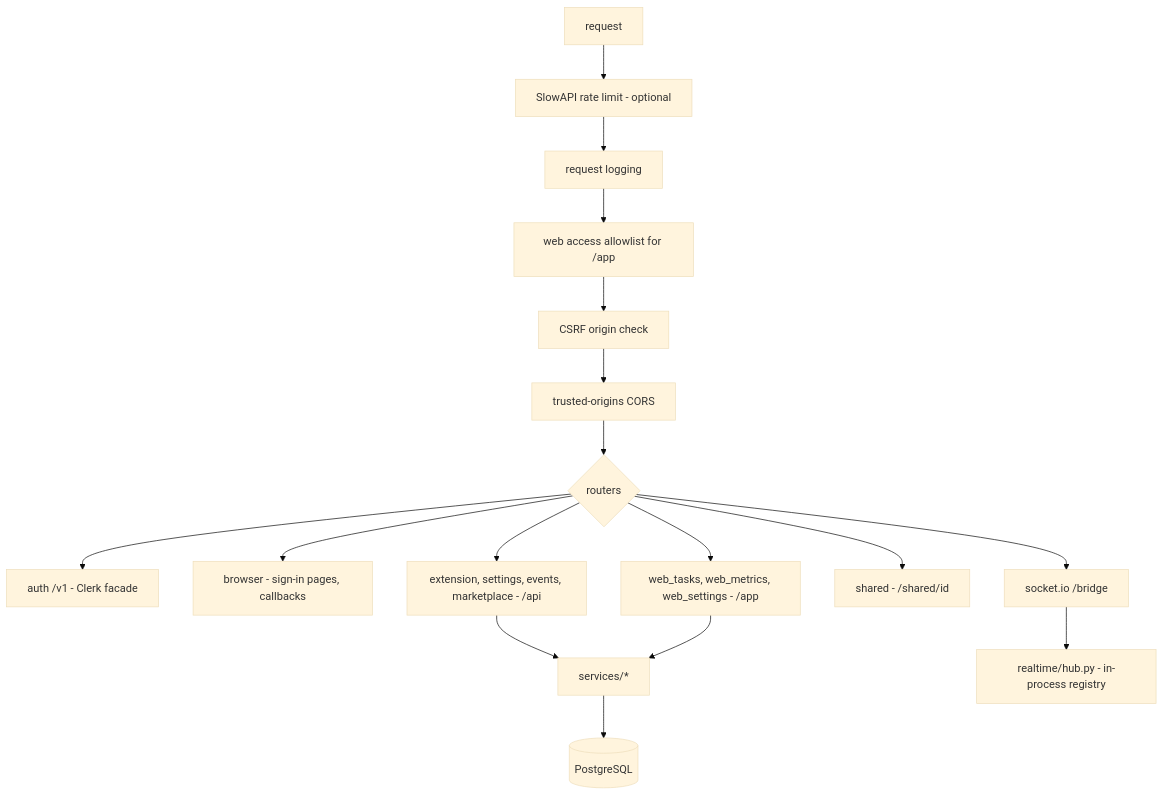
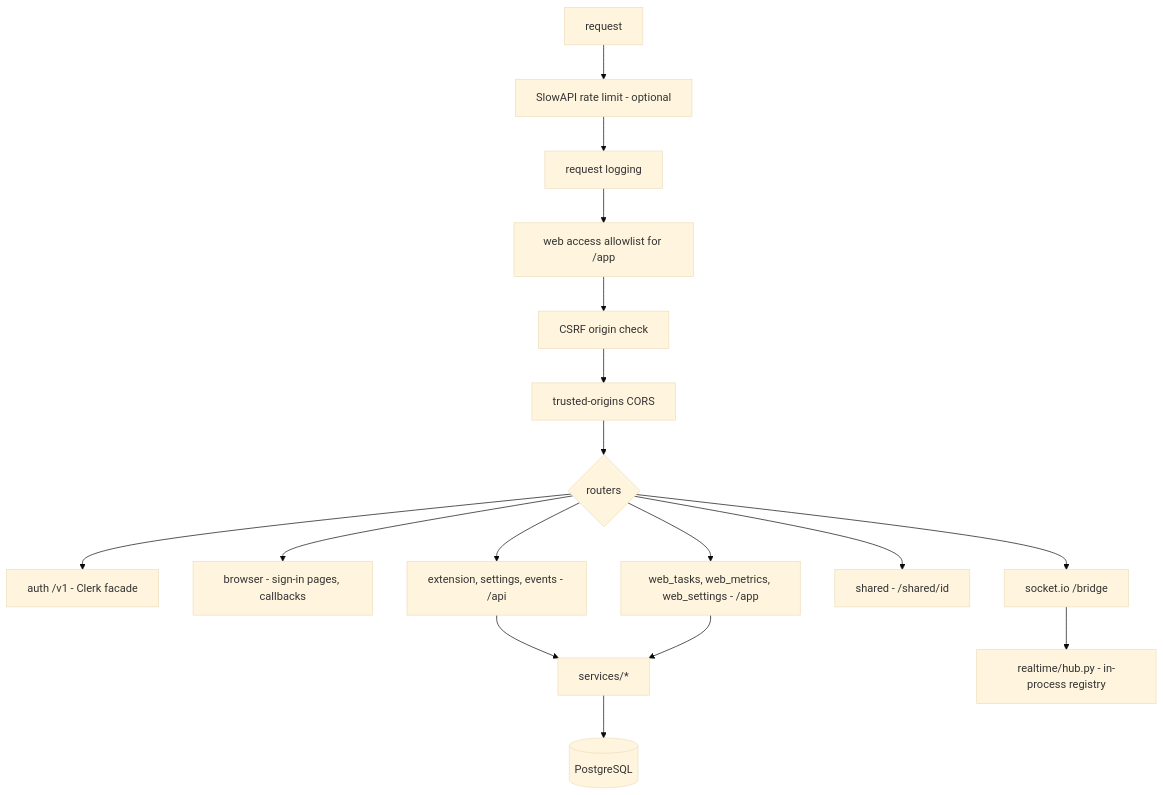
The third of 4 diagrams in docs/08-cloud.md (krzychdre/Tumble-Code), drawn with Mermaid (base theme) before and after one commit. The commit also changed other lines of this file and 42 other files, not shown here.

````diff
--- a/docs/08-cloud.md
+++ b/docs/08-cloud.md
@@ -77,19 +77,19 @@
 ```mermaid
 graph TD
   REQ[request] --> RL[SlowAPI rate limit - optional]
   RL --> LOG[request logging]
   LOG --> WEBACL[web access allowlist for /app]
   WEBACL --> CSRF[CSRF origin check]
   CSRF --> CORS[trusted-origins CORS]
   CORS --> ROUTES{routers}
   ROUTES --> R1[auth /v1 - Clerk facade]
   ROUTES --> R2[browser - sign-in pages, callbacks]
-  ROUTES --> R3[extension, settings, events, marketplace - /api]
+  ROUTES --> R3[extension, settings, events - /api]
   ROUTES --> R4[web_tasks, web_metrics, web_settings - /app]
   ROUTES --> R5[shared - /shared/id]
   ROUTES --> SIO[socket.io /bridge]
   R3 --> SVC[services/*]
   R4 --> SVC
   SIO --> HUB[realtime/hub.py - in-process registry]
   SVC --> DB[(PostgreSQL)]
 ```
````
